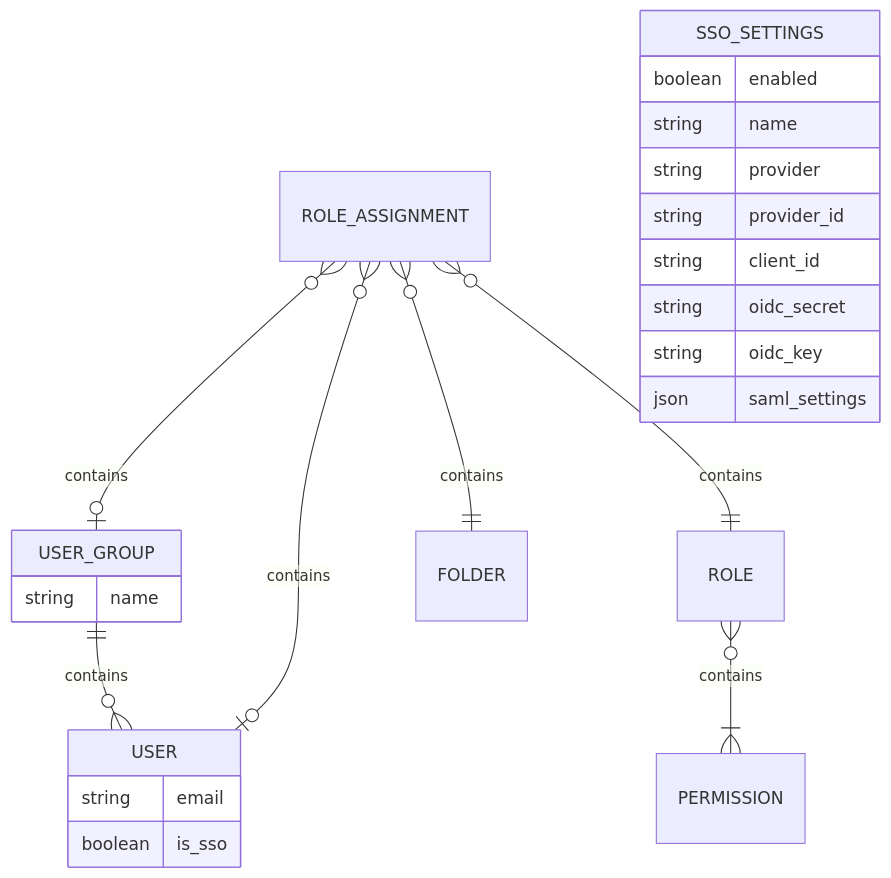
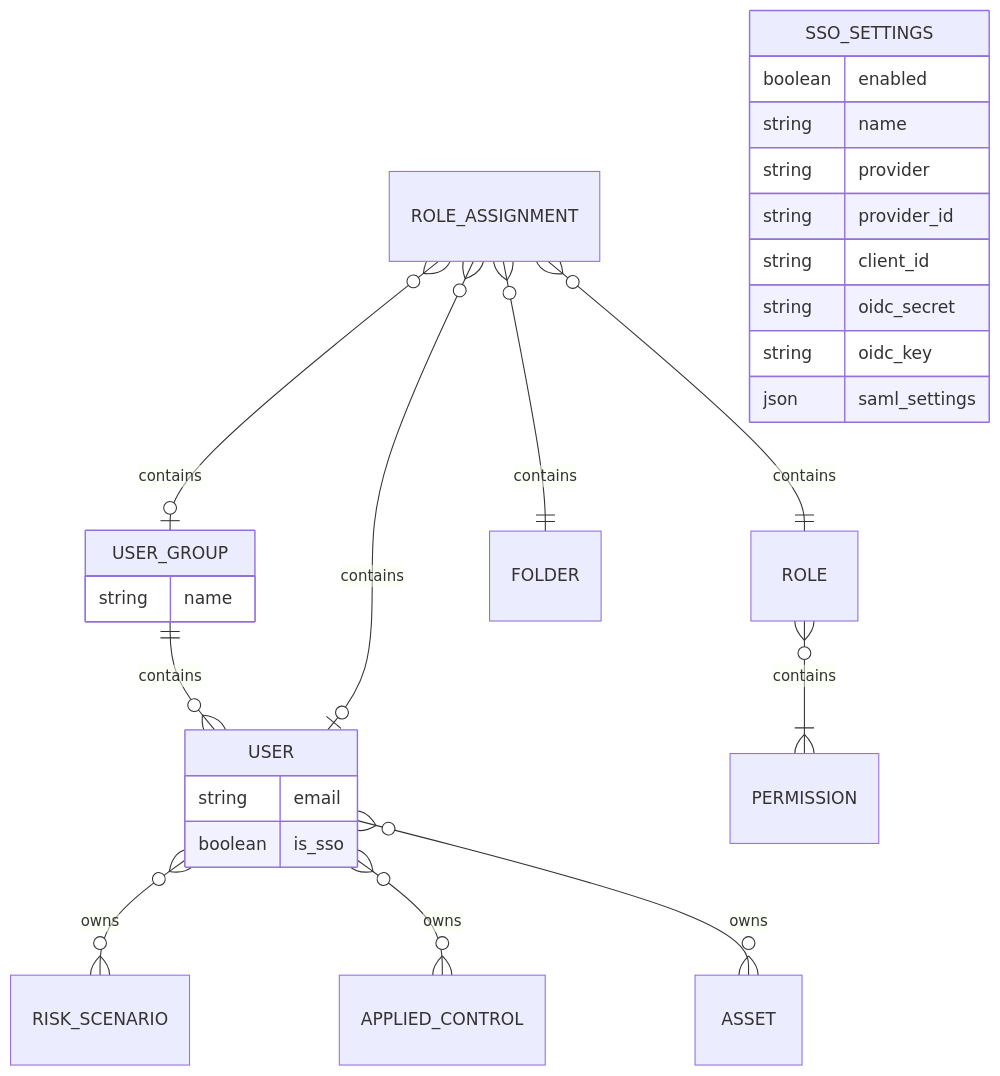
One commit to intuitem/ciso-assistant-community changed the first of 9 diagrams in documentation/architecture/data-model.md. Above: the diagram before and after it, drawn with Mermaid. The commit also changed other lines of this file, not shown here.

Commit message:
chore: Add owner(s) to asset

````diff
--- a/documentation/architecture/data-model.md
+++ b/documentation/architecture/data-model.md
@@ -7,31 +7,35 @@
 ```mermaid
 erDiagram
+
+    USER }o--o{ RISK_SCENARIO  : owns
+    USER }o--o{ APPLIED_CONTROL: owns
+    USER }o--o{ ASSET          : owns
 
     USER_GROUP      ||--o{ USER      : contains
     ROLE            }o--|{ PERMISSION: contains
     ROLE_ASSIGNMENT }o--o| USER_GROUP: contains
     ROLE_ASSIGNMENT }o--o| USER      : contains
     ROLE_ASSIGNMENT }o--|| FOLDER    : contains
     ROLE_ASSIGNMENT }o--|| ROLE      : contains
 
     USER {
         string  email
         boolean is_sso
     }
 
     USER_GROUP {
         string name
     }
 
     SSO_SETTINGS {
         boolean enabled
         string  name
         string  provider
         string  provider_id
         string  client_id
         string  oidc_secret
         string  oidc_key
         json    saml_settings
     }
 
 ```
````
